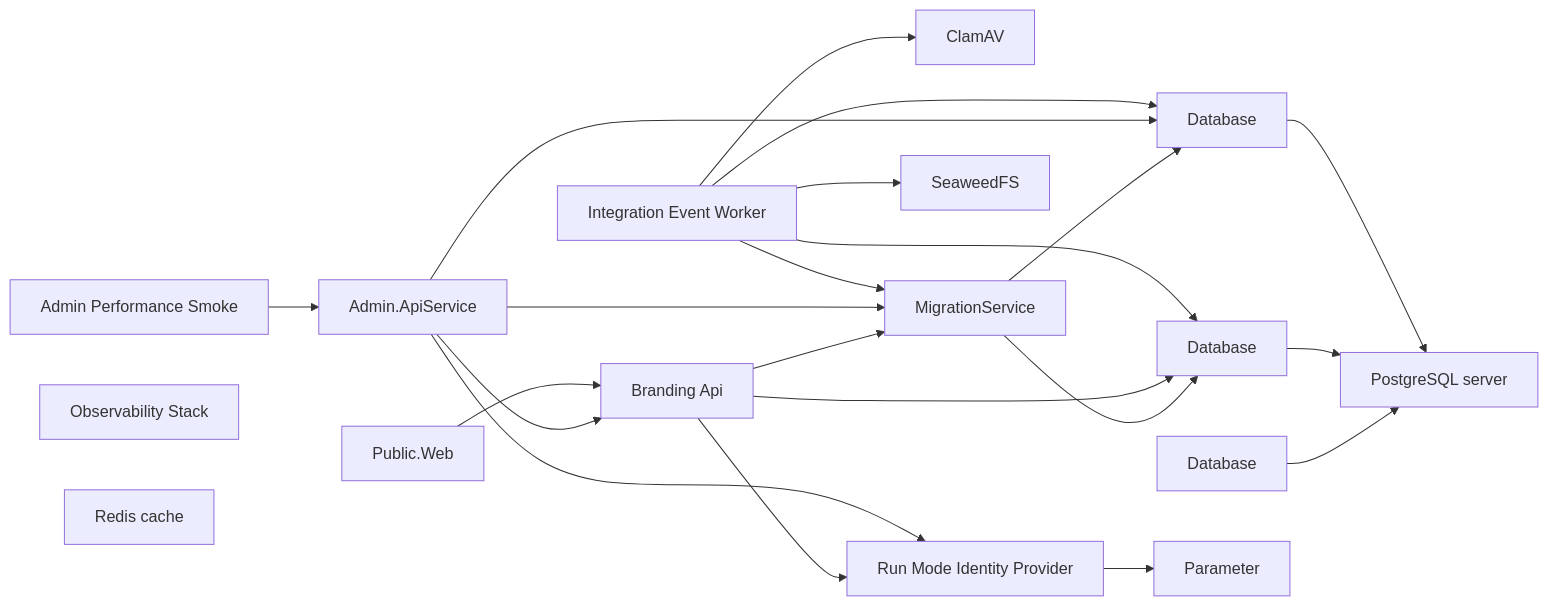
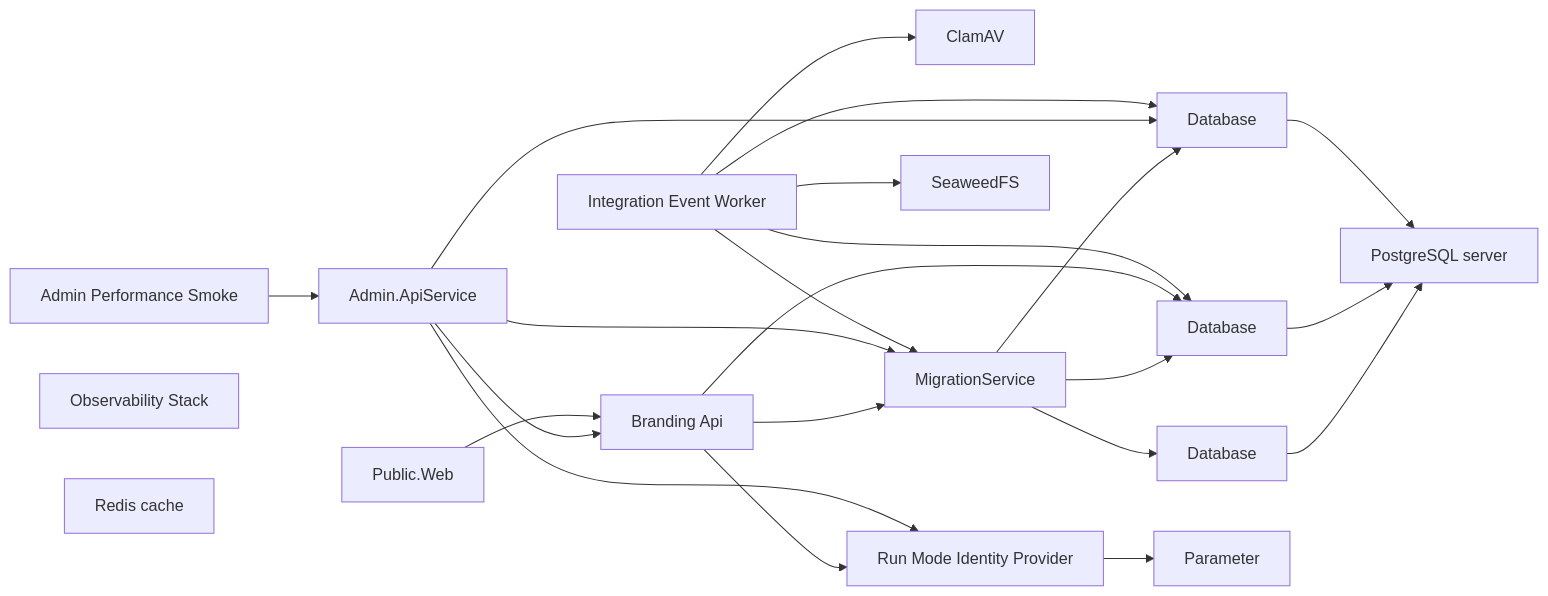
One commit to danigutsch/ViajantesTurismo changed the first of 2 diagrams in docs/architecture/runtime-wiring-and-deployment.md. Above: the diagram before and after it, drawn with Mermaid. The commit also changed 32 other files, not shown here.

````diff
--- a/docs/architecture/runtime-wiring-and-deployment.md
+++ b/docs/architecture/runtime-wiring-and-deployment.md
@@ -13,39 +13,40 @@
 ```mermaid
 flowchart LR
     AdminPerformanceSmoke[Admin Performance Smoke]
     apiService[Admin.ApiService]
     brandingApiService[Branding Api]
     clamAv[ClamAV]
     adminDatabase[Database]
     catalogDatabase[Database]
     securityDatabase[Database]
     IntegrationEventWorker[Integration Event Worker]
     migrationService[MigrationService]
     ObservabilityStack[Observability Stack]
     managementWebClientSecret[Parameter]
     databaseServer[PostgreSQL server]
     PublicWeb[Public.Web]
     cache[Redis cache]
     identityProvider[Run Mode Identity Provider]
     seaweedFs[SeaweedFS]
     AdminPerformanceSmoke --> apiService
     IntegrationEventWorker --> adminDatabase
     IntegrationEventWorker --> catalogDatabase
     IntegrationEventWorker --> clamAv
     IntegrationEventWorker --> migrationService
     IntegrationEventWorker --> seaweedFs
     PublicWeb --> brandingApiService
     adminDatabase --> databaseServer
     apiService --> adminDatabase
     apiService --> brandingApiService
     apiService --> identityProvider
     apiService --> migrationService
     brandingApiService --> catalogDatabase
     brandingApiService --> identityProvider
     brandingApiService --> migrationService
     catalogDatabase --> databaseServer
     identityProvider --> managementWebClientSecret
     migrationService --> adminDatabase
     migrationService --> catalogDatabase
+    migrationService --> securityDatabase
     securityDatabase --> databaseServer
 ```
````
